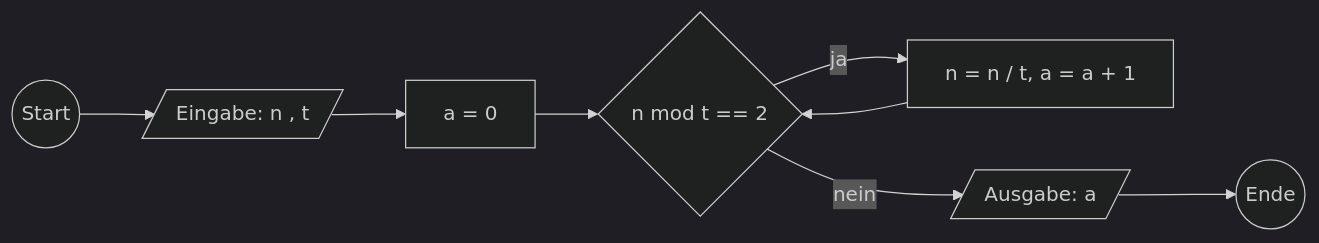
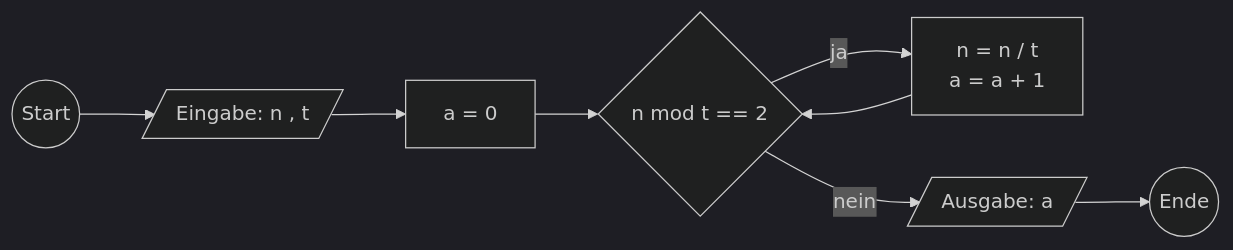
Before and after one commit to Crafter-Y/uni: the diagram in ka-tinf25b4-theoretical-computer-science/2026-02-24.md, drawn with Mermaid (dark theme). The commit also changed other lines of this file and 3 other files, not shown here.

````diff
--- a/ka-tinf25b4-theoretical-computer-science/2026-02-24.md
+++ b/ka-tinf25b4-theoretical-computer-science/2026-02-24.md
@@ -98,10 +117,11 @@
 ```mermaid
 flowchart LR
     A((Start)) --> B[/Eingabe: n , t/]
     B --> C[a = 0]
     C --> D{n mod t == 2}
-    D -->|ja| E[n = n / t, a = a + 1]
+    D -->|ja| E[n = n / t
+                a = a + 1]
     D -->|nein| F[/Ausgabe: a/]
     E --> D
     F --> H((Ende))
 ```
````
